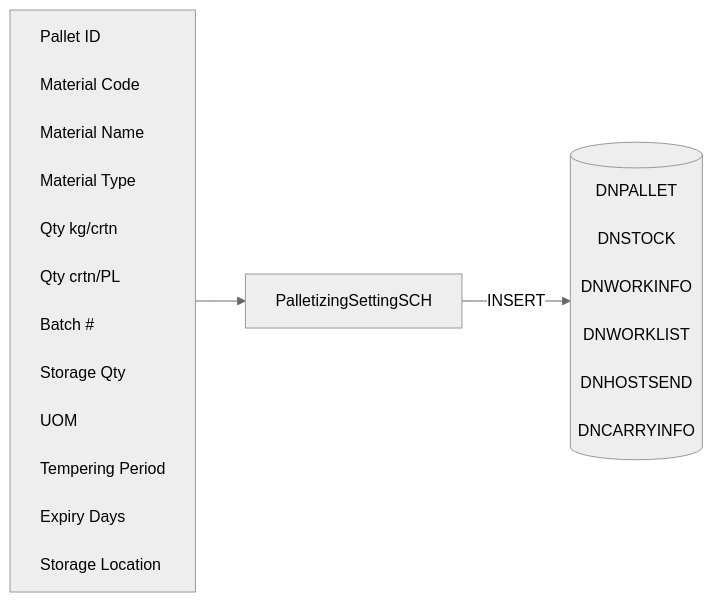
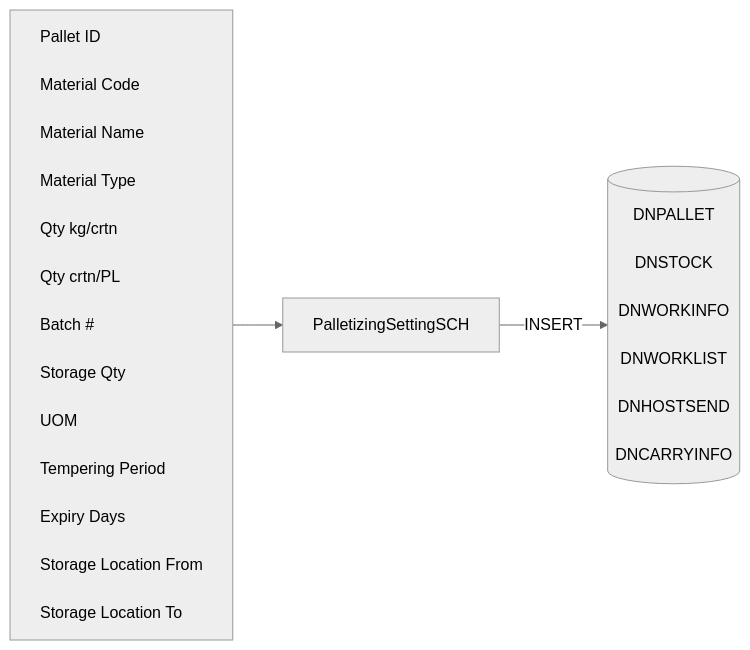
Before and after one commit to luthfiadityaa/SimeDarby-Wiki: the diagram in Basic-Design/DFD-WMS/Storage/Unplanned-Storage-From-OP-Area.md, drawn with Mermaid (neutral theme).

Commit message:
Updated Unplanned Storage From OP Area

```diff
--- a/Basic-Design/DFD-WMS/Storage/Unplanned-Storage-From-OP-Area.md
+++ b/Basic-Design/DFD-WMS/Storage/Unplanned-Storage-From-OP-Area.md
@@ -22,33 +22,34 @@
 ::: mermaid
 flowchart LR
     input[
         Pallet ID<br>
         Material Code<br>
         Material Name<br>
         Material Type<br>
         Qty kg/crtn<br>
         Qty crtn/PL<br>
         Batch #<br>
-        Storage Qty <br>        
+        Storage Qty<br>
         UOM<br>
         Tempering Period<br>
         Expiry Days<br>
-        Storage Location<br>        
+        Storage Location From<br>
+        Storage Location To<br>        
     ]
 
     tableList-insert[("
         DNPALLET<br>
         DNSTOCK<br>
         DNWORKINFO<br>
         DNWORKLIST<br>
         DNHOSTSEND<br>
         DNCARRYINFO<br>
     ")]
 
     className[PalletizingSettingSCH]
 
     input --> className --> |INSERT| tableList-insert
 
     classDef leftAlign text-align:left;
     class input leftAlign;
 :::
```
